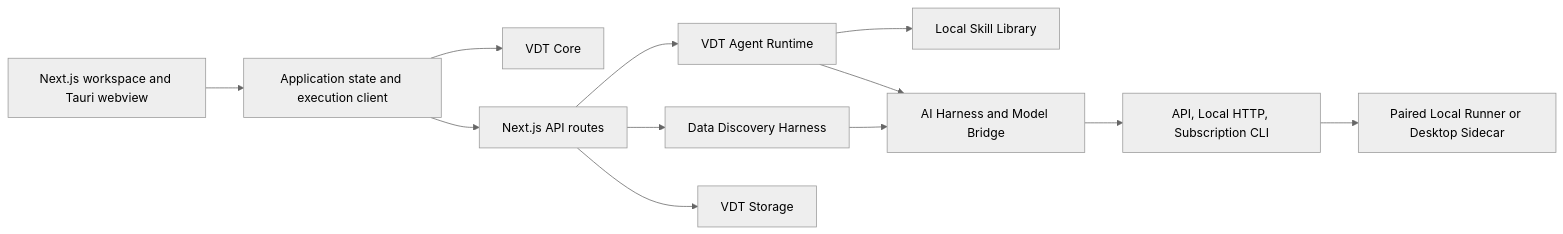
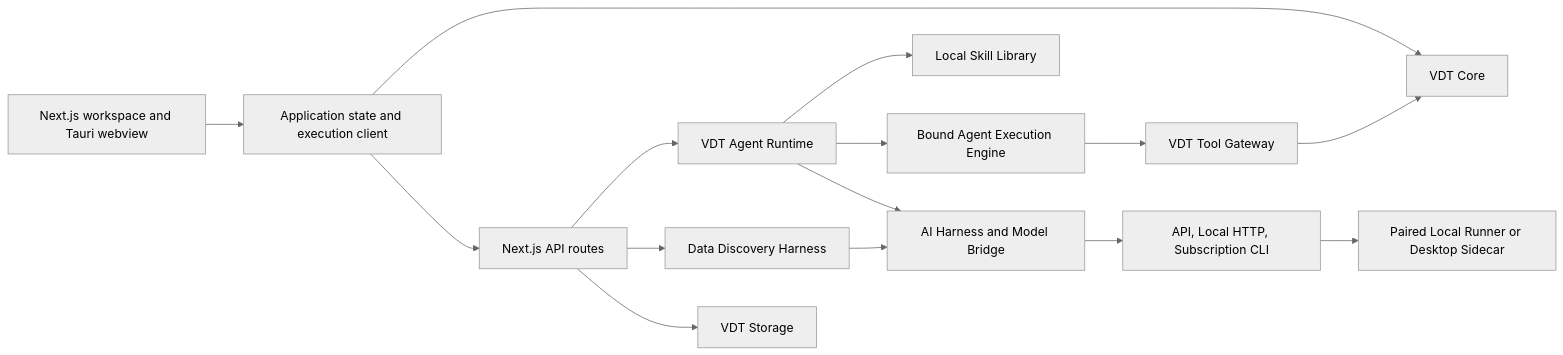
One commit to aleksandrsafiullin/VDT-Studio changed the diagram in docs/ARCHITECTURE.md. Above: the diagram before and after it, drawn with Mermaid (neutral theme). The commit also changed other lines of this file and 158 other files, not shown here.

Commit message:
Ship bounded dual-profile agent execution with a durable supervisor and tool gateway.

````diff
--- a/docs/ARCHITECTURE.md
+++ b/docs/ARCHITECTURE.md
@@ -7,14 +7,17 @@
 ```mermaid
 flowchart LR
     UI["Next.js workspace and Tauri webview"] --> APP["Application state and execution client"]
     APP --> CORE["VDT Core"]
     APP --> API["Next.js API routes"]
     API --> AGENT["VDT Agent Runtime"]
     API --> DATA["Data Discovery Harness"]
     API --> STORAGE["VDT Storage"]
     AGENT --> SKILLS["Local Skill Library"]
+    AGENT --> ENGINE["Bound Agent Execution Engine"]
+    ENGINE --> GATEWAY["VDT Tool Gateway"]
+    GATEWAY --> CORE
     AGENT --> AI["AI Harness and Model Bridge"]
     DATA --> AI
     AI --> PROVIDERS["API, Local HTTP, Subscription CLI"]
     PROVIDERS --> RUNNER["Paired Local Runner or Desktop Sidecar"]
 ```
````
